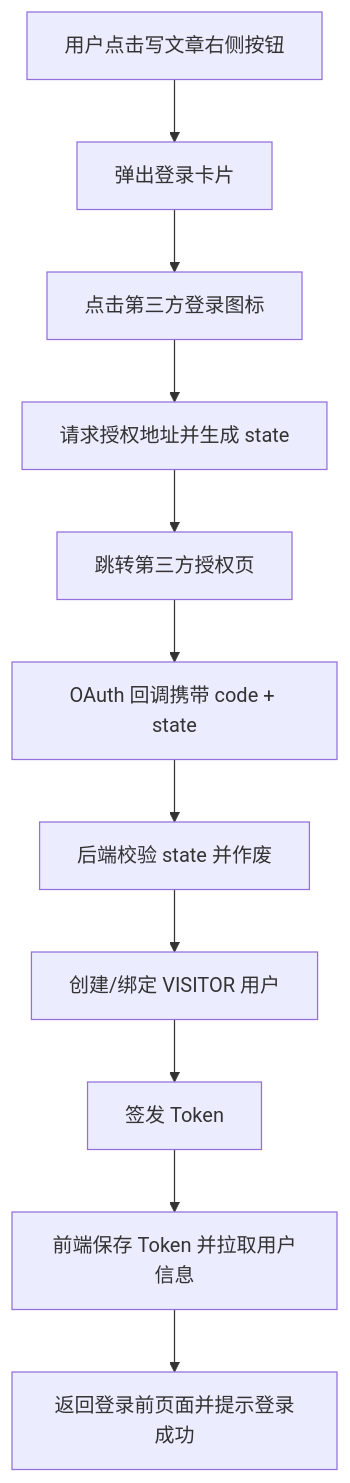
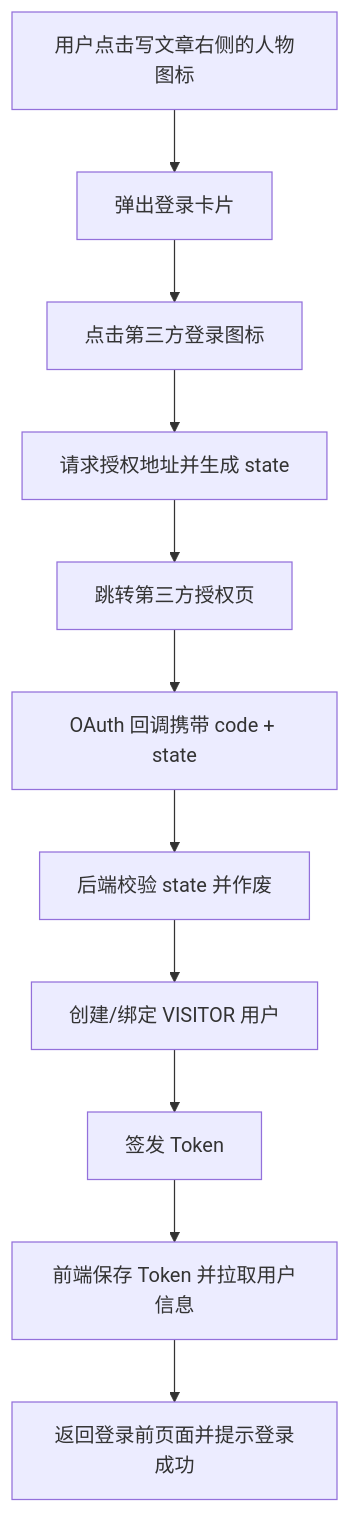
Before and after one commit to SakuraShiinaMashiro/PersonalBlog-doc: the first of 3 diagrams in V3.0/详细设计/用户认证与权限校验.md, drawn with Mermaid. The commit also changed other lines of this file, not shown here.

````diff
--- a/V3.0/详细设计/用户认证与权限校验.md
+++ b/V3.0/详细设计/用户认证与权限校验.md
@@ -403,13 +405,13 @@
 ```mermaid
 flowchart TD
-    A[用户点击写文章右侧按钮] --> B[弹出登录卡片]
+    A[用户点击写文章右侧的人物图标] --> B[弹出登录卡片]
     B --> C[点击第三方登录图标]
     C --> D[请求授权地址并生成 state]
     D --> E[跳转第三方授权页]
     E --> F[OAuth 回调携带 code + state]
     F --> G[后端校验 state 并作废]
     G --> H[创建/绑定 VISITOR 用户]
     H --> I[签发 Token]
     I --> J[前端保存 Token 并拉取用户信息]
     J --> K[返回登录前页面并提示登录成功]
 ```
````
